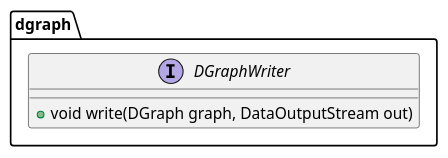
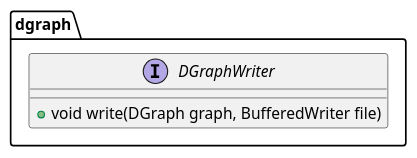
The diagram in src/dgraph/DGraphWriter.iuml (thegalactic/java-lattices), drawn with PlantUML before and after one commit. The commit also changed 32 other files, not shown here.

```diff
--- a/src/dgraph/DGraphWriter.iuml
+++ b/src/dgraph/DGraphWriter.iuml
@@ -1,5 +1,5 @@
 package dgraph {
     interface DGraphWriter {
-        +void write(DGraph graph, DataOutputStream out)
+        +void write(DGraph graph, BufferedWriter file)
     }
 }
```
